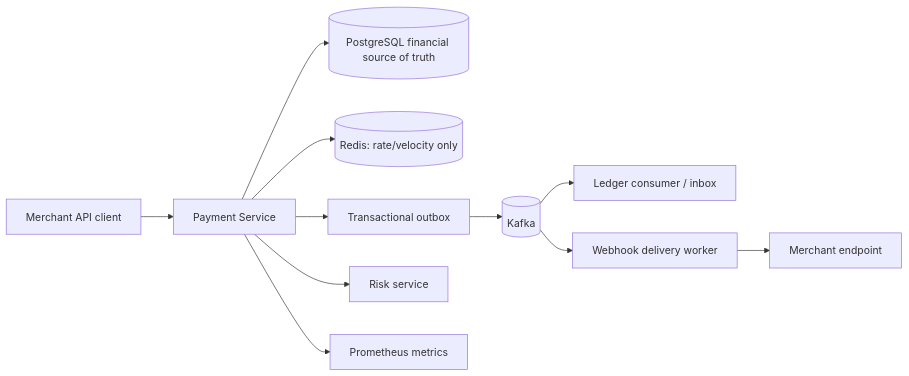
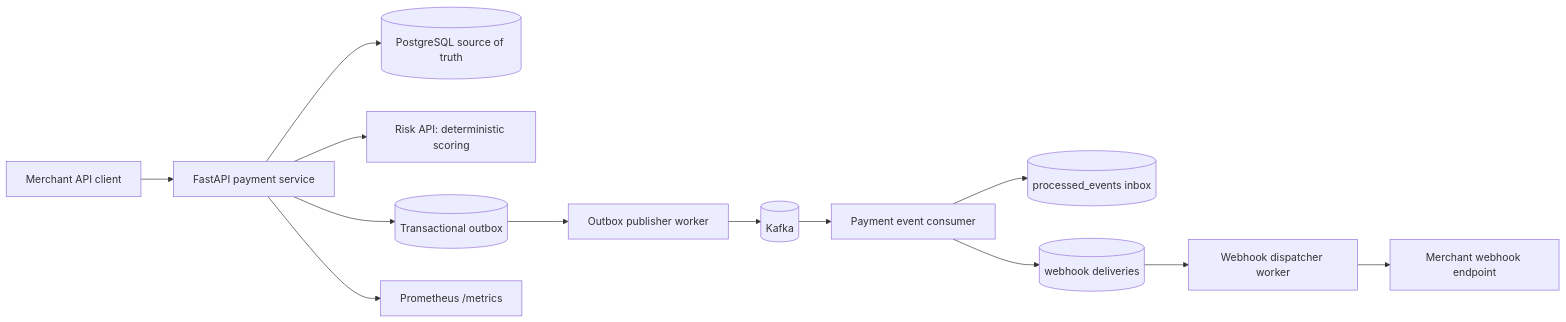
Before and after one commit to wiktor-cl/forgepay: the diagram in README.md, drawn with Mermaid. The commit also changed other lines of this file and 9 other files, not shown here.

````diff
--- a/README.md
+++ b/README.md
@@ -9,13 +9,15 @@
 ```mermaid
 flowchart LR
-  Merchant[Merchant API client] --> Payment[Payment Service]
-  Payment --> Postgres[(PostgreSQL financial source of truth)]
-  Payment --> Redis[(Redis: rate/velocity only)]
-  Payment --> Outbox[Transactional outbox]
-  Outbox --> Kafka[(Kafka)]
-  Kafka --> Ledger[Ledger consumer / inbox]
-  Kafka --> Webhook[Webhook delivery worker]
-  Webhook --> Receiver[Merchant endpoint]
-  Payment --> Risk[Risk service]
-  Payment --> Prometheus[Prometheus metrics]
+  Client[Merchant API client] --> Payment[FastAPI payment service]
+  Payment --> Postgres[(PostgreSQL source of truth)]
+  Payment --> Risk[Risk API: deterministic scoring]
+  Payment --> Outbox[(Transactional outbox)]
+  Outbox --> Publisher[Outbox publisher worker]
+  Publisher --> Kafka[(Kafka)]
+  Kafka --> Consumer[Payment event consumer]
+  Consumer --> Inbox[(processed_events inbox)]
+  Consumer --> Deliveries[(webhook deliveries)]
+  Deliveries --> Dispatcher[Webhook dispatcher worker]
+  Dispatcher --> Receiver[Merchant webhook endpoint]
+  Payment --> Metrics[Prometheus /metrics]
 ```
````
